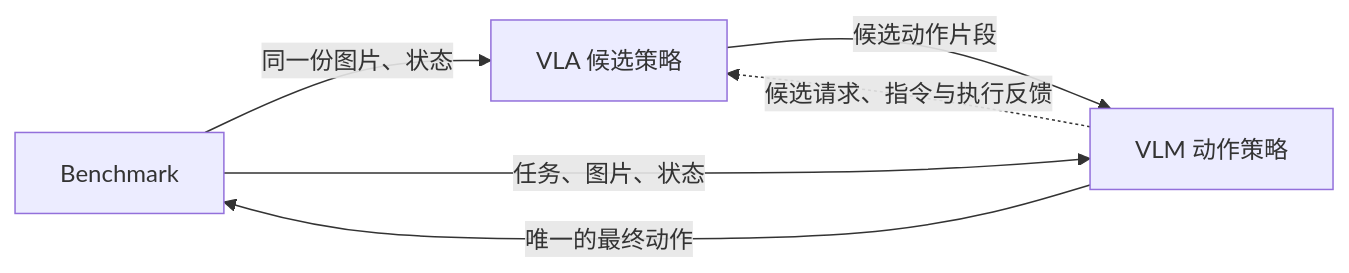
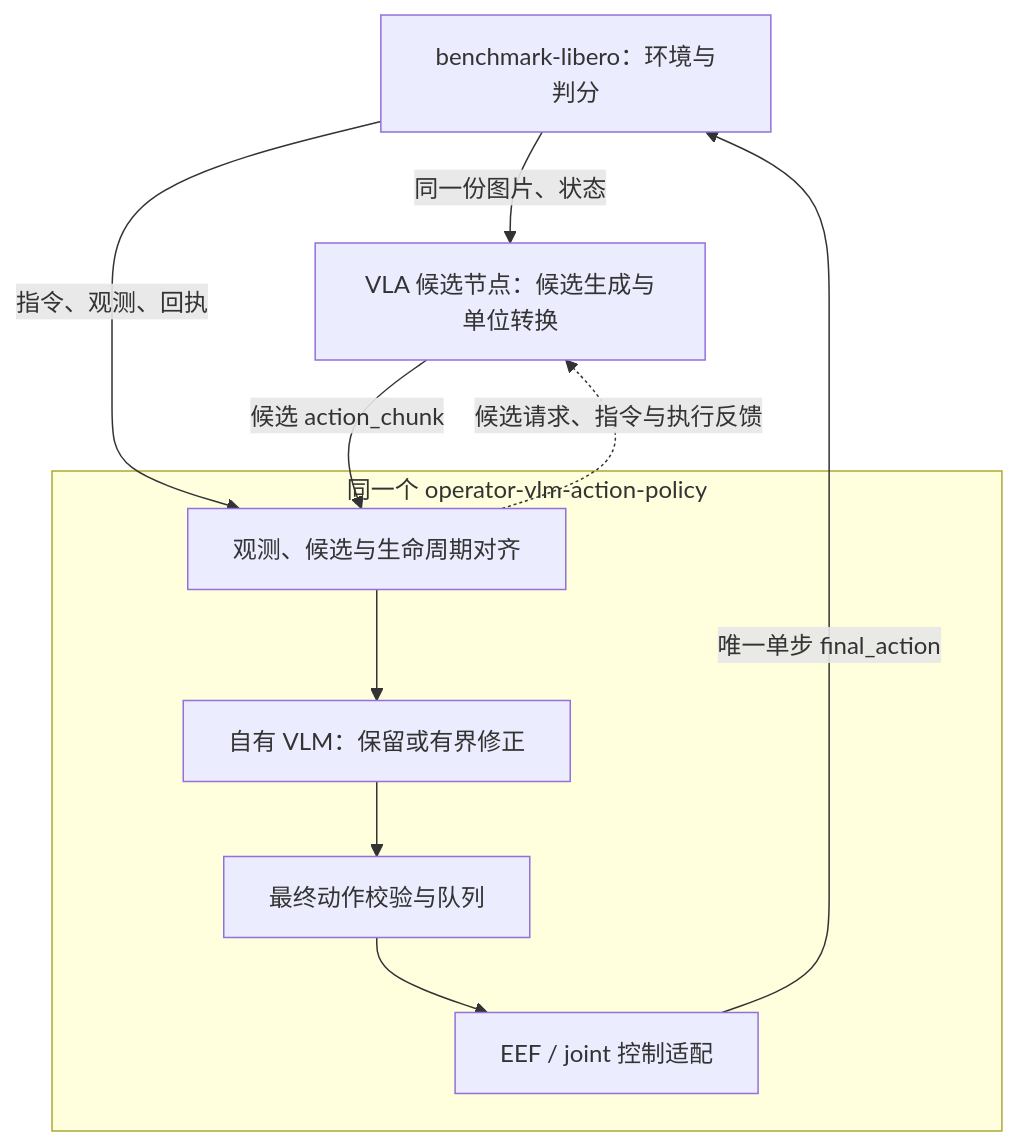
The third of 4 diagrams in docs/DESIGN_zh.md (PhyAgentOS/operator-vlm-action-policy), drawn with Mermaid before and after one commit. The commit also changed other lines of this file and 3 other files, not shown here.

Commit message:
Clarify policy architecture and observation-to-action dataflow

````diff
--- a/docs/DESIGN_zh.md
+++ b/docs/DESIGN_zh.md
@@ -40,8 +79,15 @@
 ```mermaid
-flowchart LR
-    benchmark["Benchmark"] -->|"同一份图片、状态"| vla["VLA 候选策略"]
-    benchmark -->|"任务、图片、状态"| vlm["VLM 动作策略"]
-    vla -->|"候选动作片段"| vlm
-    vlm -->|"唯一的最终动作"| benchmark
-    vlm -.->|"候选请求、指令与执行反馈"| vla
+flowchart TB
+    benchmark["benchmark-libero：环境与判分"]
+    vla["VLA 候选节点：候选生成与单位转换"]
+    subgraph finalNode["同一个 operator-vlm-action-policy"]
+        align["观测、候选与生命周期对齐"] --> decision["自有 VLM：保留或有界修正"]
+        decision --> queue["最终动作校验与队列"]
+        queue --> adapter["EEF / joint 控制适配"]
+    end
+    benchmark -->|"同一份图片、状态"| vla
+    benchmark -->|"指令、观测、回执"| align
+    vla -->|"候选 action_chunk"| align
+    align -.->|"候选请求、指令与执行反馈"| vla
+    adapter -->|"唯一单步 final_action"| benchmark
 ```
````
